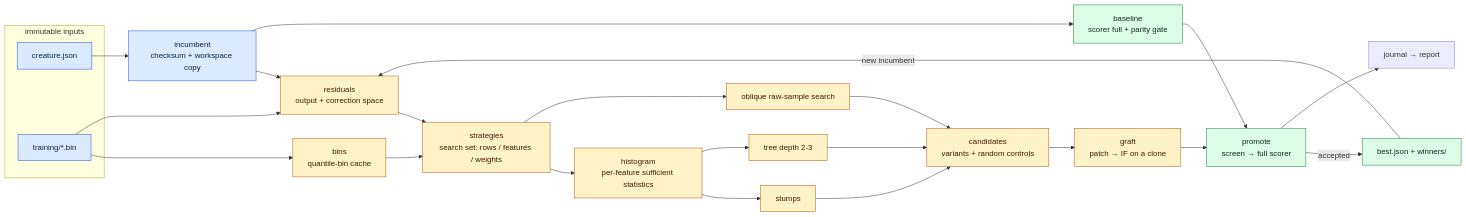
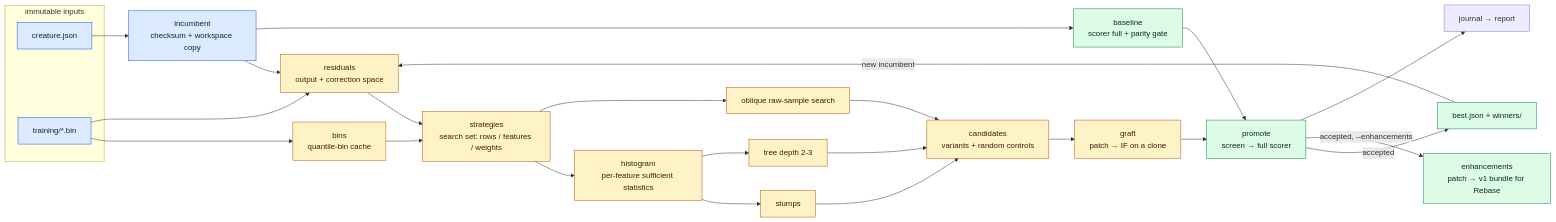
Before and after one commit to stSoftwareAU/NEAT-AI-Forests: the first of 2 diagrams in docs/architecture.md, drawn with Mermaid. The commit also changed other lines of this file and 15 other files, not shown here.

Commit message:
File accepted patches as a Rebase bundle at acceptance (Rebase#65) (#97)

````diff
--- a/docs/architecture.md
+++ b/docs/architecture.md
@@ -7,34 +7,35 @@
 ```mermaid
 flowchart LR
     subgraph immutable["immutable inputs"]
         C[creature.json]
         T[training/*.bin]
     end
     C --> I[incumbent<br/>checksum + workspace copy]
     T --> K[bins<br/>quantile-bin cache]
     I --> R[residuals<br/>output + correction space]
     T --> R
     I --> B[baseline<br/>scorer full + parity gate]
     R --> S[strategies<br/>search set: rows / features / weights]
     K --> S
     S --> H[histogram<br/>per-feature sufficient statistics]
     H --> ST[stumps]
     H --> TR[tree depth 2-3]
     S --> OB[oblique raw-sample search]
     ST --> CA[candidates<br/>variants + random controls]
     TR --> CA
     OB --> CA
     CA --> G[graft<br/>patch → IF on a clone]
     G --> P[promote<br/>screen → full scorer]
     B --> P
     P -->|accepted| W[best.json + winners/]
+    P -->|accepted, --enhancements| E[enhancements<br/>patch → v1 bundle for Rebase]
     P --> J[journal → report]
     W -->|new incumbent| R
 
     classDef immutable fill:#dbeafe,stroke:#1d4ed8,color:#0b2545
     classDef search fill:#fef3c7,stroke:#b45309,color:#451a03
     classDef judge fill:#dcfce7,stroke:#15803d,color:#052e16
     class C,T,I immutable
     class K,R,S,H,ST,TR,OB,CA,G search
-    class B,P,W judge
+    class B,P,W,E judge
 ```
````
